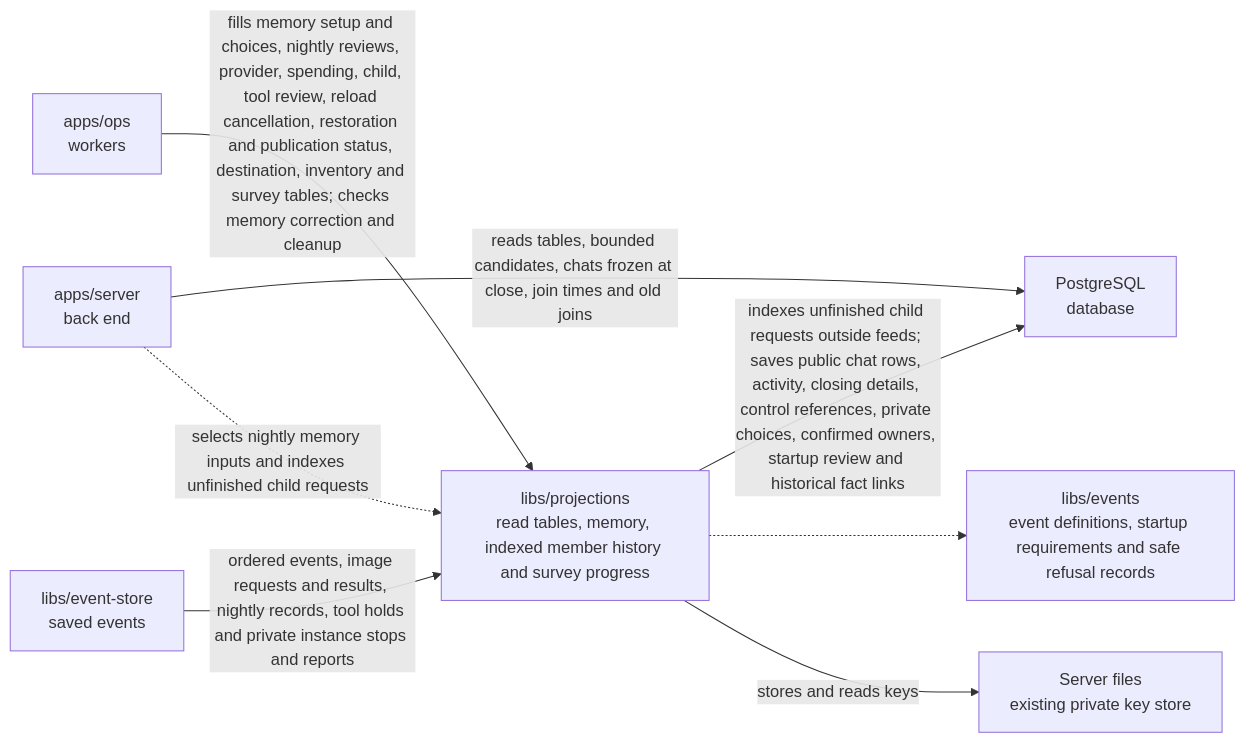
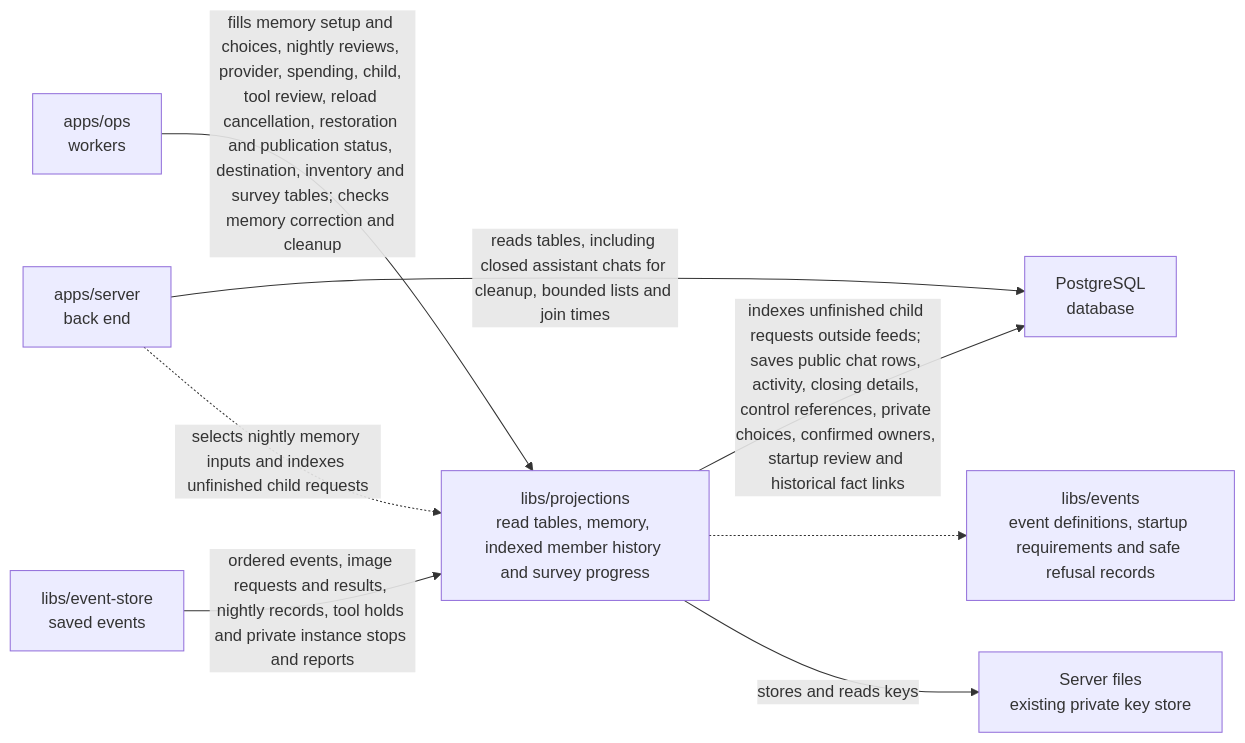
The diagram in libs/projections/README.md (elewa-git/opencrane-new), drawn with Mermaid before and after one commit. The commit also changed other lines of this file and 13 other files, not shown here.

Commit message:
🧹 Clean up closed assistant chats from saved work

````diff
--- a/libs/projections/README.md
+++ b/libs/projections/README.md
@@ -23,10 +23,10 @@
 ```mermaid
 flowchart LR
   ops["apps/ops<br/>workers"] -->|fills memory setup and choices, nightly reviews, provider, spending, child, tool review, reload cancellation, restoration and publication status, destination, inventory and survey tables; checks memory correction and cleanup| projections["libs/projections<br/>read tables, memory, indexed member history and survey progress"]
-  server["apps/server<br/>back end"] -->|reads tables, bounded candidates, chats frozen at close, join times and old joins| pg["PostgreSQL<br/>database"]
+  server["apps/server<br/>back end"] -->|reads tables, including closed assistant chats for cleanup, bounded lists and join times| pg["PostgreSQL<br/>database"]
   projections -->|indexes unfinished child requests outside feeds; saves public chat rows, activity, closing details, control references, private choices, confirmed owners, startup review and historical fact links| pg
   store["libs/event-store<br/>saved events"] -->|ordered events, image requests and results, nightly records, tool holds and private instance stops and reports| projections
   server -.->|selects nightly memory inputs and indexes unfinished child requests| projections
   projections -.-> events["libs/events<br/>event definitions, startup requirements and safe refusal records"]
   projections -->|stores and reads keys| keys["Server files<br/>existing private key store"]
 ```
````
